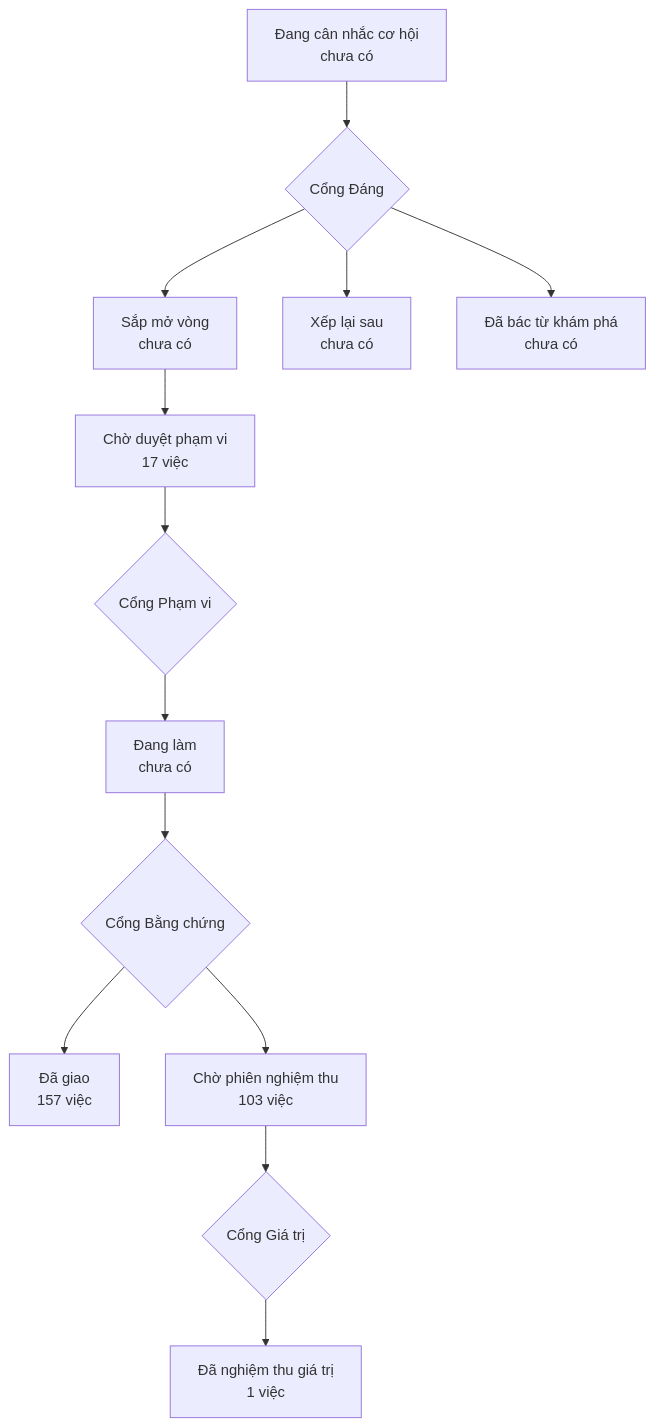
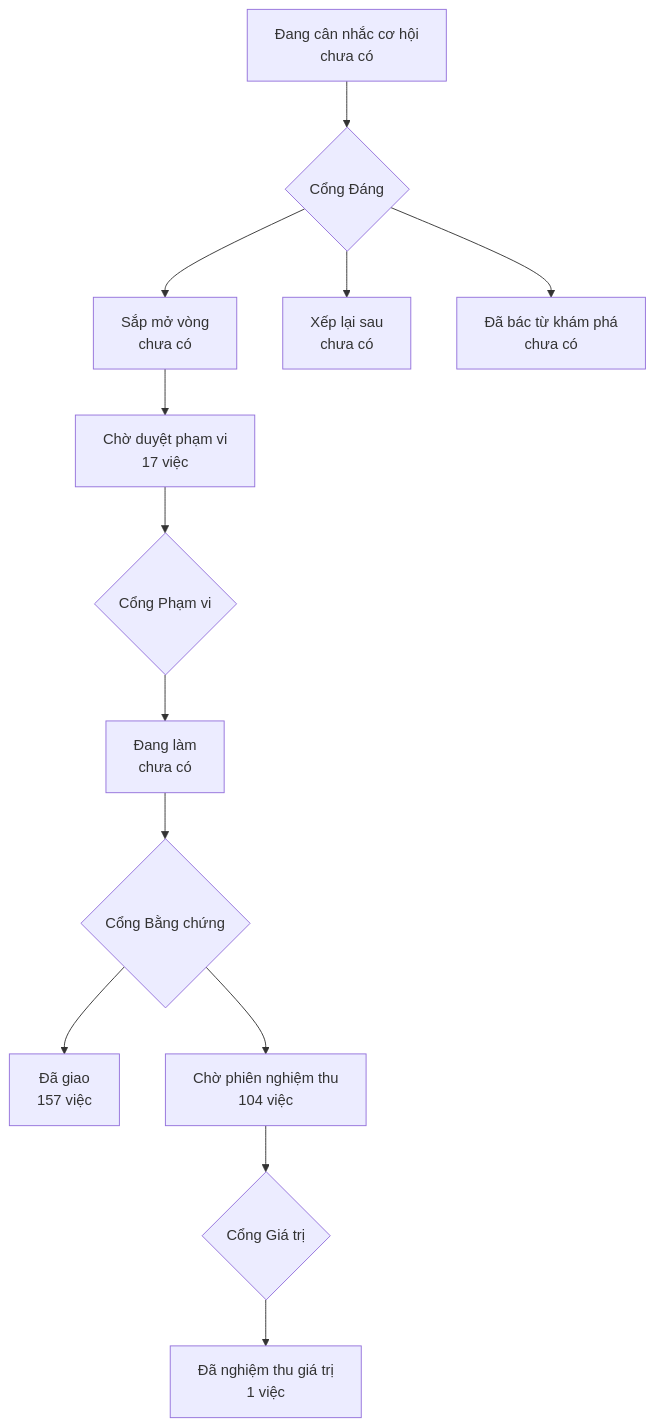
One commit to phanlemanh/onehub-invest changed the diagram in PRODUCT-MAP.md. Above: the diagram before and after it, drawn with Mermaid. The commit also changed other lines of this file and 1 other file, not shown here.

Commit message:
chore: vẽ lại bản đồ sản phẩm sau khi gộp main

````diff
--- a/PRODUCT-MAP.md
+++ b/PRODUCT-MAP.md
@@ -7,12 +7,12 @@
 ```mermaid
 flowchart TD
   A["Đang cân nhắc cơ hội<br/>chưa có"] --> GD{"Cổng Đáng"}
   GD --> B["Sắp mở vòng<br/>chưa có"]
   GD --> XL["Xếp lại sau<br/>chưa có"]
   GD --> DB["Đã bác từ khám phá<br/>chưa có"]
   B --> CD["Chờ duyệt phạm vi<br/>17 việc"] --> GP{"Cổng Phạm vi"}
   GP --> DL["Đang làm<br/>chưa có"] --> GB{"Cổng Bằng chứng"}
   GB --> DG["Đã giao<br/>157 việc"]
-  GB --> CN["Chờ phiên nghiệm thu<br/>103 việc"] --> GG{"Cổng Giá trị"}
+  GB --> CN["Chờ phiên nghiệm thu<br/>104 việc"] --> GG{"Cổng Giá trị"}
   GG --> NT["Đã nghiệm thu giá trị<br/>1 việc"]
 ```
````
